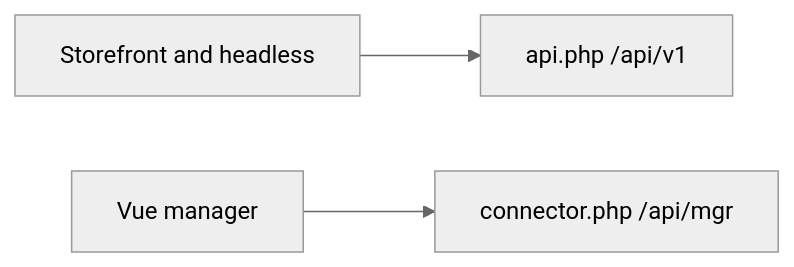
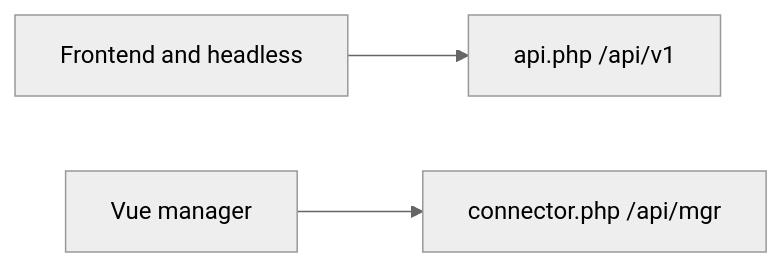
The diagram in docs/en/components/minishop3/development/api.md (modx-pro/Docs), drawn with Mermaid (neutral theme) before and after one commit. The commit also changed other lines of this file and 4 other files, not shown here.

First line of the commit message:
docs(minishop3): заменить storefront на frontend в английских страницах PR

````diff
--- a/docs/en/components/minishop3/development/api.md
+++ b/docs/en/components/minishop3/development/api.md
@@ -22,5 +22,5 @@
 ```mermaid
 flowchart LR
-  store[Storefront and headless] --> web["api.php /api/v1"]
+  store[Frontend and headless] --> web["api.php /api/v1"]
   mgr[Vue manager] --> man["connector.php /api/mgr"]
 ```
````
